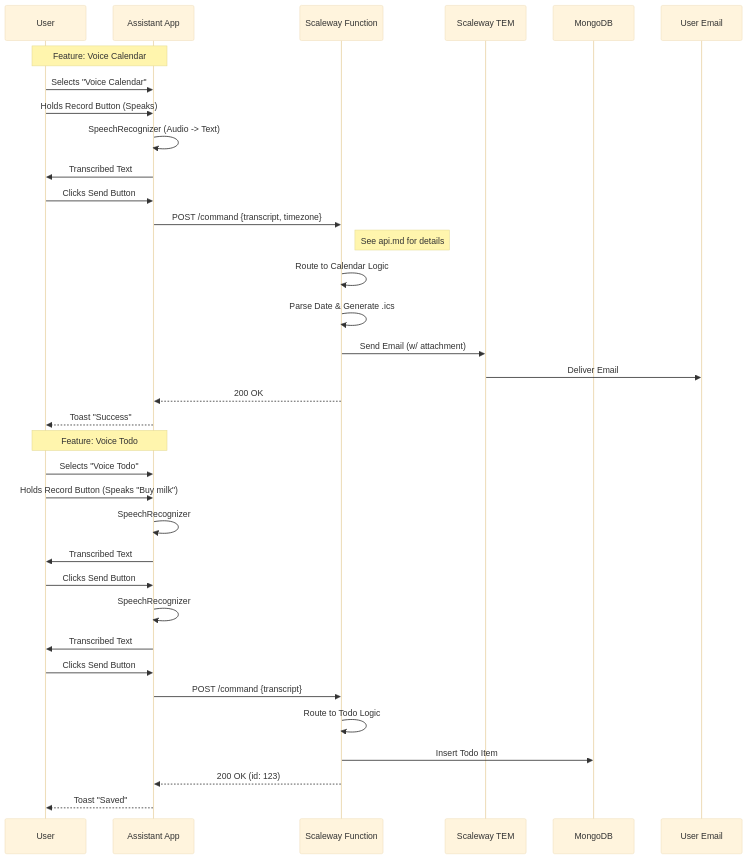
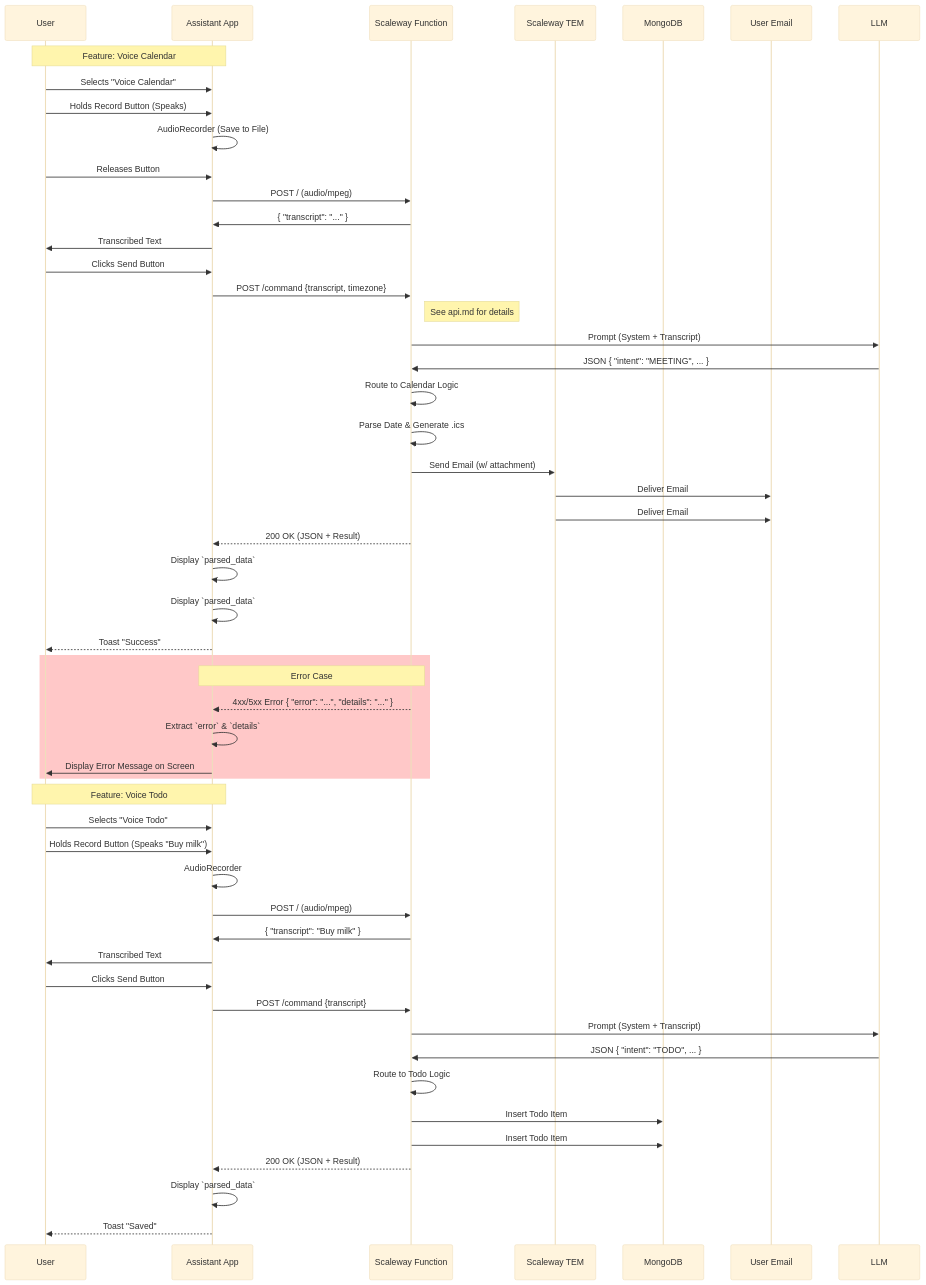
Before and after one commit to jarirantala/Yes-sir: the diagram in spec/design.md, drawn with Mermaid (base theme). The commit also changed other lines of this file and 32 other files, not shown here.

````diff
--- a/spec/design.md
+++ b/spec/design.md
@@ -6,41 +6,58 @@
 ```mermaid
 sequenceDiagram
     participant User
     participant App as Assistant App
     participant App as Assistant App
     participant Func as Scaleway Function
     participant TEM as Scaleway TEM
     participant Mongo as MongoDB
     participant Email as User Email
 
     Note over User, App: Feature: Voice Calendar
     User->>App: Selects "Voice Calendar"
     User->>App: Holds Record Button (Speaks)
-    App->>App: SpeechRecognizer (Audio -> Text)
+    App->>App: AudioRecorder (Save to File)
+    User->>App: Releases Button
+    App->>Func: POST / (audio/mpeg)
+    Func->>App: { "transcript": "..." }
     App->>User: Transcribed Text
     User->>App: Clicks Send Button
     App->>Func: POST /command {transcript, timezone}
     Note right of Func: See api.md for details
+    Func->>LLM: Prompt (System + Transcript)
+    LLM->>Func: JSON { "intent": "MEETING", ... }
     Func->>Func: Route to Calendar Logic
     Func->>Func: Parse Date & Generate .ics
     Func->>TEM: Send Email (w/ attachment)
     TEM->>Email: Deliver Email
-    Func-->>App: 200 OK
-
+    TEM->>Email: Deliver Email
+    Func-->>App: 200 OK (JSON + Result)
+    App->>App: Display `parsed_data`
+    App->>App: Display `parsed_data`
     App-->>User: Toast "Success"
+    
+    rect rgb(255, 200, 200)
+    Note over Func, App: Error Case
+    Func-->>App: 4xx/5xx Error { "error": "...", "details": "..." }
+    App->>App: Extract `error` & `details`
+    App->>User: Display Error Message on Screen
+    end
 
     Note over User, App: Feature: Voice Todo
     User->>App: Selects "Voice Todo"
     User->>App: Holds Record Button (Speaks "Buy milk")
-    App->>App: SpeechRecognizer
-    App->>User: Transcribed Text
-    User->>App: Clicks Send Button
-    App->>App: SpeechRecognizer
+    App->>App: AudioRecorder
+    App->>Func: POST / (audio/mpeg)
+    Func->>App: { "transcript": "Buy milk" }
     App->>User: Transcribed Text
     User->>App: Clicks Send Button
     App->>Func: POST /command {transcript}
+    Func->>LLM: Prompt (System + Transcript)
+    LLM->>Func: JSON { "intent": "TODO", ... }
     Func->>Func: Route to Todo Logic
     Func->>Mongo: Insert Todo Item
-    Func-->>App: 200 OK (id: 123)
+    Func->>Mongo: Insert Todo Item
+    Func-->>App: 200 OK (JSON + Result)
+    App->>App: Display `parsed_data`
     App-->>User: Toast "Saved"
 ```
````
